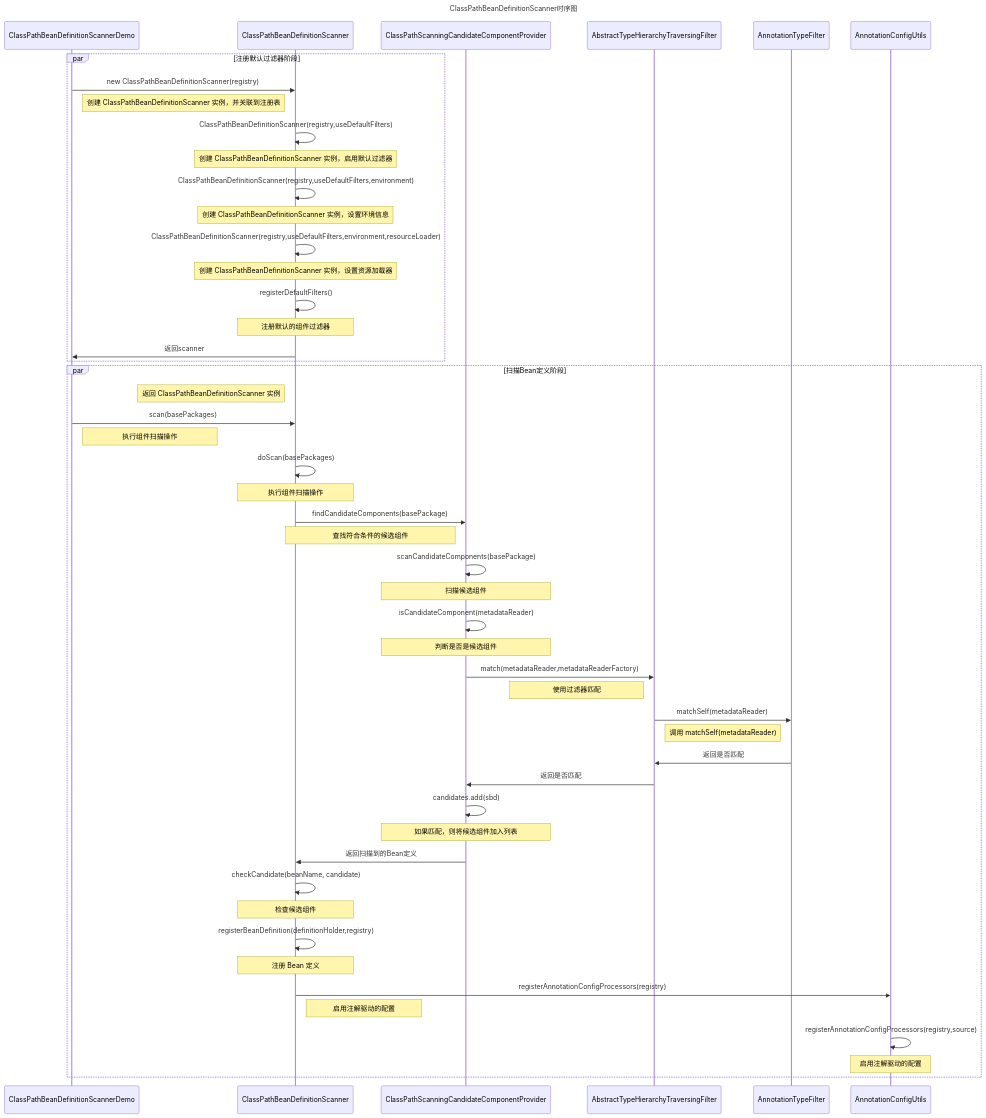
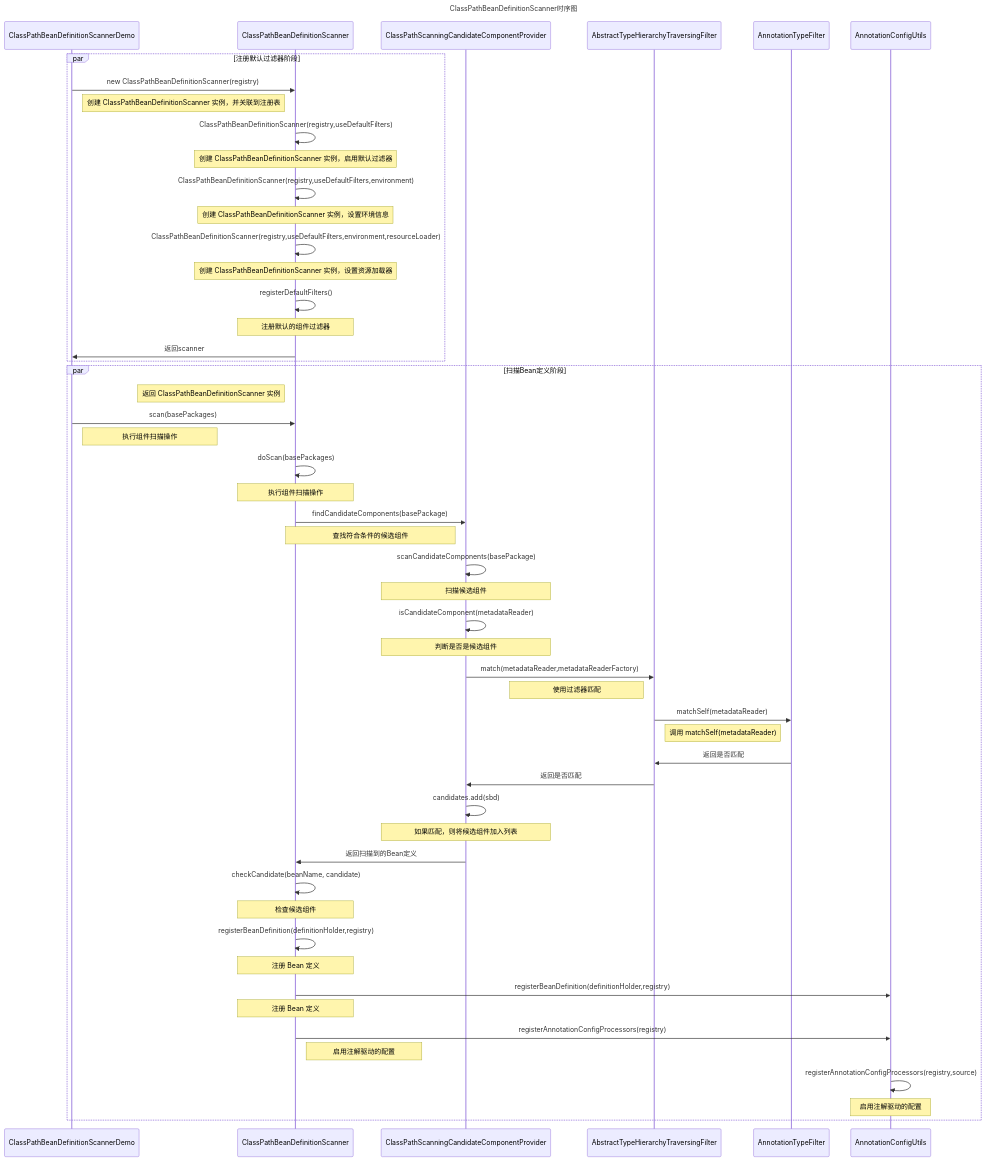
Before and after one commit to xuchengsheng/spring-reading: the diagram in spring-beans/spring-bean-classPathBeanDefinitionScanner/README.md, drawn with Mermaid.

Commit message:
ClassPathBeanDefinitionScanner源码分析

```diff
--- a/spring-beans/spring-bean-classPathBeanDefinitionScanner/README.md
+++ b/spring-beans/spring-bean-classPathBeanDefinitionScanner/README.md
@@ -99,49 +99,50 @@
 ~~~mermaid
 sequenceDiagram
 Title: ClassPathBeanDefinitionScanner时序图
 par 注册默认过滤器阶段
 ClassPathBeanDefinitionScannerDemo->>ClassPathBeanDefinitionScanner:new ClassPathBeanDefinitionScanner(registry)
 note right of ClassPathBeanDefinitionScannerDemo: 创建 ClassPathBeanDefinitionScanner 实例，并关联到注册表
 ClassPathBeanDefinitionScanner->>ClassPathBeanDefinitionScanner:ClassPathBeanDefinitionScanner(registry,useDefaultFilters)
 note over ClassPathBeanDefinitionScanner: 创建 ClassPathBeanDefinitionScanner 实例，启用默认过滤器
 ClassPathBeanDefinitionScanner->>ClassPathBeanDefinitionScanner:ClassPathBeanDefinitionScanner(registry,useDefaultFilters,environment)
 note over ClassPathBeanDefinitionScanner: 创建 ClassPathBeanDefinitionScanner 实例，设置环境信息
 ClassPathBeanDefinitionScanner->>ClassPathBeanDefinitionScanner:ClassPathBeanDefinitionScanner(registry,useDefaultFilters,environment,resourceLoader)
 note over ClassPathBeanDefinitionScanner: 创建 ClassPathBeanDefinitionScanner 实例，设置资源加载器
 ClassPathBeanDefinitionScanner->>ClassPathBeanDefinitionScanner:registerDefaultFilters()
 note over ClassPathBeanDefinitionScanner: 注册默认的组件过滤器
 ClassPathBeanDefinitionScanner->>ClassPathBeanDefinitionScannerDemo:返回scanner
 end
 par 扫描Bean定义阶段
 note left of ClassPathBeanDefinitionScanner: 返回 ClassPathBeanDefinitionScanner 实例
 ClassPathBeanDefinitionScannerDemo->>ClassPathBeanDefinitionScanner:scan(basePackages)
 note right of ClassPathBeanDefinitionScannerDemo: 执行组件扫描操作
 ClassPathBeanDefinitionScanner->>ClassPathBeanDefinitionScanner:doScan(basePackages)
 note over ClassPathBeanDefinitionScanner: 执行组件扫描操作
 ClassPathBeanDefinitionScanner->>ClassPathScanningCandidateComponentProvider:findCandidateComponents(basePackage)
 note left of ClassPathScanningCandidateComponentProvider: 查找符合条件的候选组件
 ClassPathScanningCandidateComponentProvider->>ClassPathScanningCandidateComponentProvider:scanCandidateComponents(basePackage)
 note over ClassPathScanningCandidateComponentProvider: 扫描候选组件
 ClassPathScanningCandidateComponentProvider->>ClassPathScanningCandidateComponentProvider:isCandidateComponent(metadataReader)
 note over ClassPathScanningCandidateComponentProvider: 判断是否是候选组件
 ClassPathScanningCandidateComponentProvider->>AbstractTypeHierarchyTraversingFilter:match(metadataReader,metadataReaderFactory)
 note left of AbstractTypeHierarchyTraversingFilter: 使用过滤器匹配
 AbstractTypeHierarchyTraversingFilter->>AnnotationTypeFilter:matchSelf(metadataReader)
 note left of AnnotationTypeFilter: 调用 matchSelf(metadataReader)
 AnnotationTypeFilter->>AbstractTypeHierarchyTraversingFilter:返回是否匹配
 AbstractTypeHierarchyTraversingFilter->>ClassPathScanningCandidateComponentProvider:返回是否匹配
 ClassPathScanningCandidateComponentProvider->>ClassPathScanningCandidateComponentProvider:candidates.add(sbd)
 note over ClassPathScanningCandidateComponentProvider: 如果匹配，则将候选组件加入列表
 ClassPathScanningCandidateComponentProvider->>ClassPathBeanDefinitionScanner:返回扫描到的Bean定义
 ClassPathBeanDefinitionScanner->>ClassPathBeanDefinitionScanner:checkCandidate(beanName, candidate)
 note over ClassPathBeanDefinitionScanner: 检查候选组件
 ClassPathBeanDefinitionScanner->>ClassPathBeanDefinitionScanner:registerBeanDefinition(definitionHolder,registry)
 note over ClassPathBeanDefinitionScanner: 注册 Bean 定义
+ClassPathBeanDefinitionScanner->>AnnotationConfigUtils:registerBeanDefinition(definitionHolder,registry)
+note over ClassPathBeanDefinitionScanner: 注册 Bean 定义
 ClassPathBeanDefinitionScanner->>AnnotationConfigUtils:registerAnnotationConfigProcessors(registry)
 note right of ClassPathBeanDefinitionScanner: 启用注解驱动的配置
-
 AnnotationConfigUtils->>AnnotationConfigUtils:registerAnnotationConfigProcessors(registry,source)
 note over AnnotationConfigUtils: 启用注解驱动的配置
 
 end
 ~~~
```
